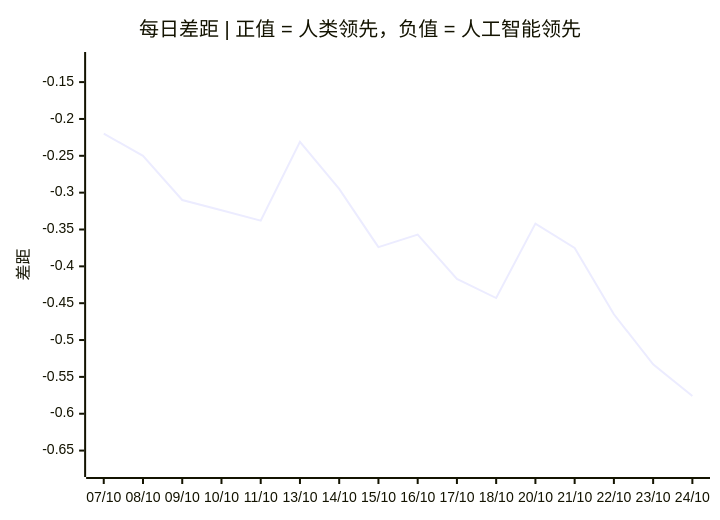
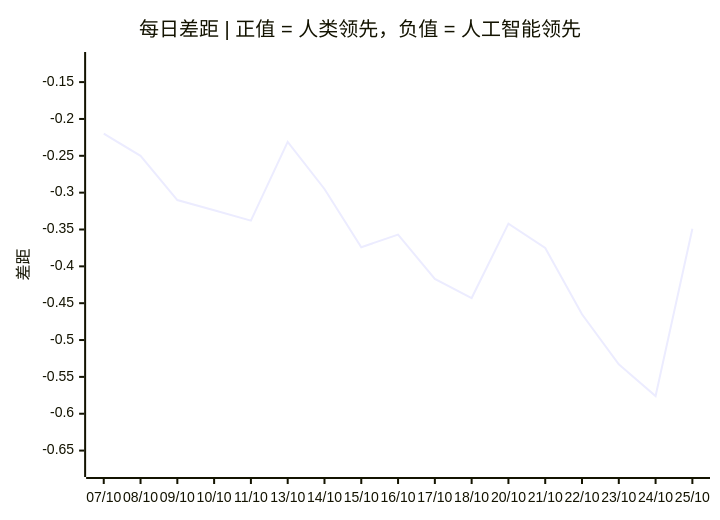
One commit to VQQLK/Human-AI-Monitor changed the third of 3 diagrams in README.zh.md. Above: the diagram before and after it, drawn with Mermaid. The commit also changed other lines of this file and 11 other files, not shown here.

````diff
--- a/README.zh.md
+++ b/README.zh.md
@@ -56,7 +56,7 @@
 ```mermaid
 xychart-beta
     title "每日差距 | 正值 = 人类领先，负值 = 人工智能领先"
-    x-axis ["07/10", "08/10", "09/10", "10/10", "11/10", "13/10", "14/10", "15/10", "16/10", "17/10", "18/10", "20/10", "21/10", "22/10", "23/10", "24/10"]
+    x-axis ["07/10", "08/10", "09/10", "10/10", "11/10", "13/10", "14/10", "15/10", "16/10", "17/10", "18/10", "20/10", "21/10", "22/10", "23/10", "24/10", "25/10"]
     y-axis "差距" -0.675 --> -0.120
-    line [-0.220, -0.250, -0.310, -0.324, -0.338, -0.231, -0.295, -0.374, -0.357, -0.417, -0.443, -0.342, -0.375, -0.465, -0.533, -0.576]
+    line [-0.220, -0.250, -0.310, -0.324, -0.338, -0.231, -0.295, -0.374, -0.357, -0.417, -0.443, -0.342, -0.375, -0.465, -0.533, -0.576, -0.349]
 ```
````
